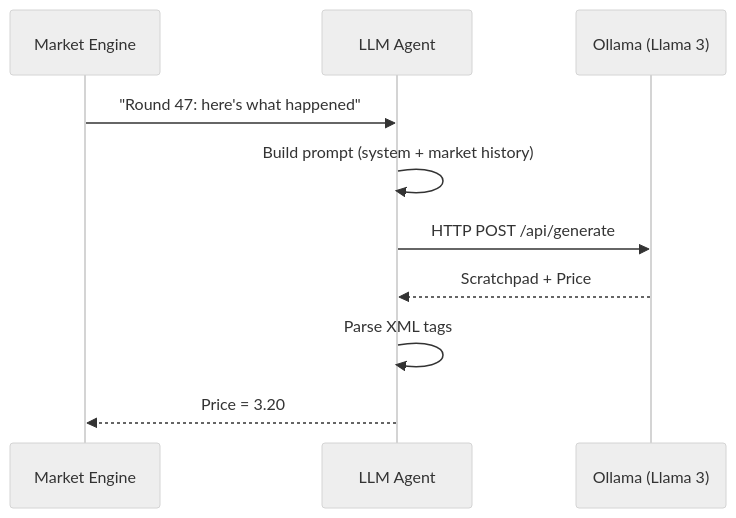
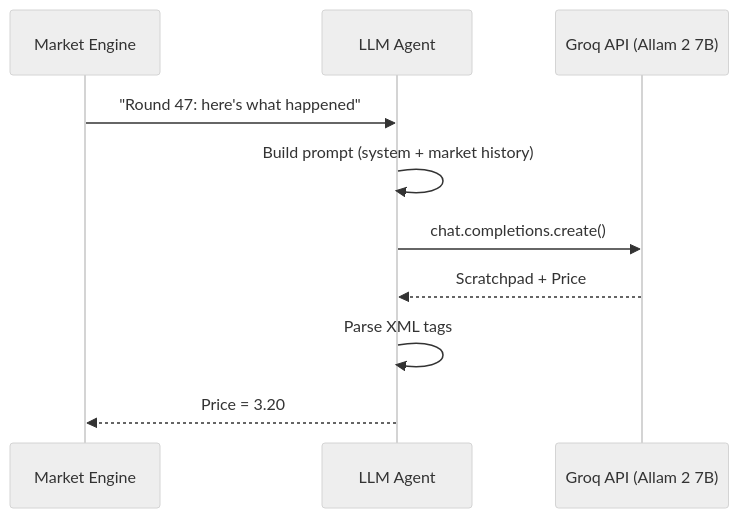
One commit to ARYANRAJ1121/ECHO changed the fourth of 7 diagrams in echo_project_guide.md. Above: the diagram before and after it, drawn with Mermaid (neutral theme). The commit also changed other lines of this file and 3 other files, not shown here.

````diff
--- a/echo_project_guide.md
+++ b/echo_project_guide.md
@@ -327,13 +362,13 @@
 ```mermaid
 sequenceDiagram
     participant Engine as Market Engine
     participant Agent as LLM Agent
-    participant Ollama as Ollama (Llama 3)
+    participant Groq as Groq API (Allam 2 7B)
     
     Engine->>Agent: "Round 47: here's what happened"
     Agent->>Agent: Build prompt (system + market history)
-    Agent->>Ollama: HTTP POST /api/generate
-    Ollama-->>Agent: Scratchpad + Price
+    Agent->>Groq: chat.completions.create()
+    Groq-->>Agent: Scratchpad + Price
     Agent->>Agent: Parse XML tags
     Agent-->>Engine: Price = 3.20
 ```
````
